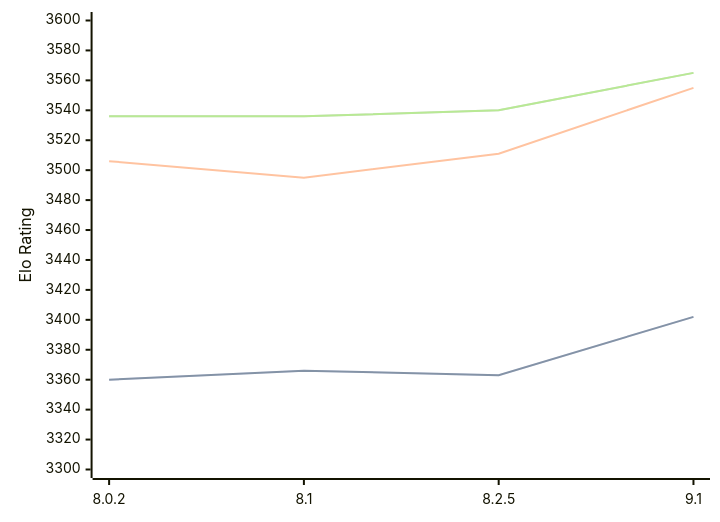
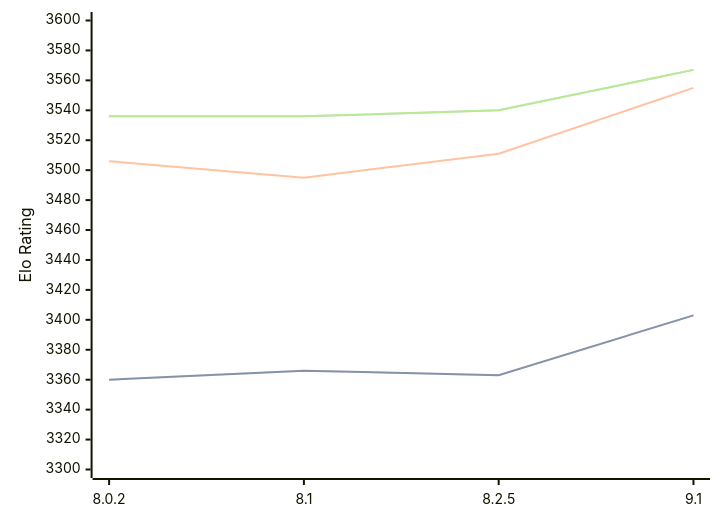
Before and after one commit to computer-chess-index/cci: the diagram in engines/Clover.md, drawn with Mermaid. The commit also changed other lines of this file, not shown here.

Commit message:
Update CCI Ratings (ELO VLTC) - 2026-03-27

````diff
--- a/engines/Clover.md
+++ b/engines/Clover.md
@@ -64,11 +64,11 @@
 ```mermaid
 %%{init: {"theme":"base","themeVariables":{"seriesColors:['#a3a3a3','#222221','#faa371']}}}%%
 xychart-beta
   x-axis ["8.0.2", "8.1", "8.2.5", "9.1"]
   y-axis "Elo Rating" 3300 --> 3600
-  line "STC (8.0+0.08s)" [3360, 3366, 3363, 3402]
-  line "STC (8.0+0.08s)" [3360, 3366, 3363, 3402]
+  line "STC (8.0+0.08s)" [3360, 3366, 3363, 3403]
+  line "STC (8.0+0.08s)" [3360, 3366, 3363, 3403]
   line "LTC (60.0+0.60s)" [3506, 3495, 3511, 3555]
-  line "VLTC (2m24s+1.12s)" [3536, 3536, 3540, 3565]
-  line "VLTC (2m24s+1.12s)" [3536, 3536, 3540, 3565]
+  line "VLTC (2m24s+1.12s)" [3536, 3536, 3540, 3567]
+  line "VLTC (2m24s+1.12s)" [3536, 3536, 3540, 3567]
 ```
````
